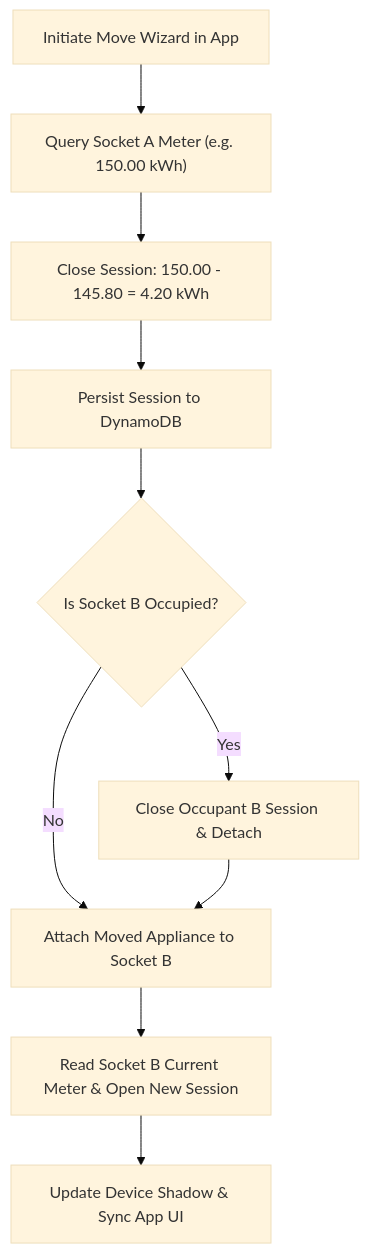
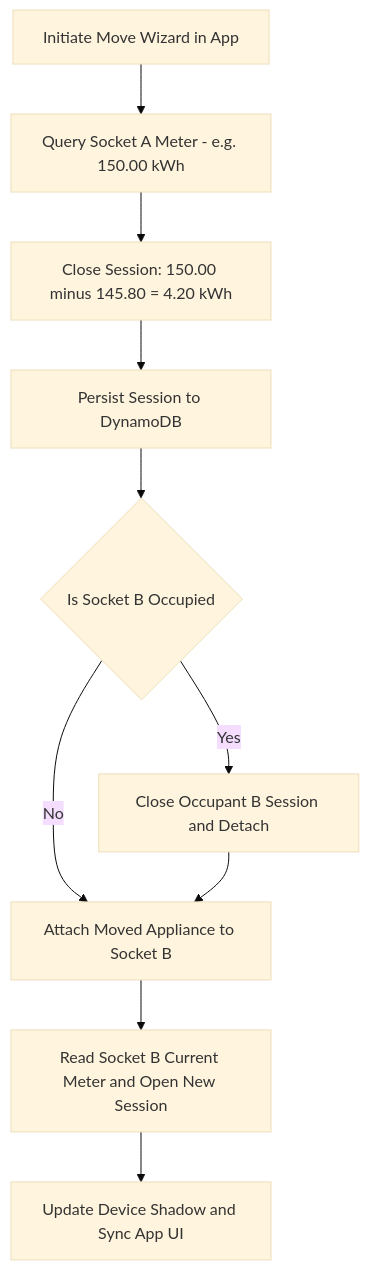
The fifth of 11 diagrams in AWS_BACKEND_INTEGRATION_PLAN.md (VimalChaudhary07/SEMS), drawn with Mermaid (base theme) before and after one commit. The commit also changed other lines of this file and 5 other files, not shown here.

````diff
--- a/AWS_BACKEND_INTEGRATION_PLAN.md
+++ b/AWS_BACKEND_INTEGRATION_PLAN.md
@@ -394,12 +392,12 @@
 ```mermaid
 flowchart TD
-    Start["Initiate Move Wizard in App"] --> InspectA["Query Socket A Meter (e.g. 150.00 kWh)"]
-    InspectA --> Calc["Close Session: 150.00 - 145.80 = 4.20 kWh"]
+    Start["Initiate Move Wizard in App"] --> InspectA["Query Socket A Meter - e.g. 150.00 kWh"]
+    InspectA --> Calc["Close Session: 150.00 minus 145.80 = 4.20 kWh"]
     Calc --> SaveHist["Persist Session to DynamoDB"]
-    SaveHist --> InspectB{"Is Socket B Occupied?"}
-    InspectB -->|Yes| EvictB["Close Occupant B Session & Detach"]
+    SaveHist --> InspectB{"Is Socket B Occupied"}
+    InspectB -->|Yes| EvictB["Close Occupant B Session and Detach"]
     InspectB -->|No| Attach["Attach Moved Appliance to Socket B"]
     EvictB --> Attach
-    Attach --> StartSess["Read Socket B Current Meter & Open New Session"]
-    StartSess --> Done["Update Device Shadow & Sync App UI"]
+    Attach --> StartSess["Read Socket B Current Meter and Open New Session"]
+    StartSess --> Done["Update Device Shadow and Sync App UI"]
 ```
````
